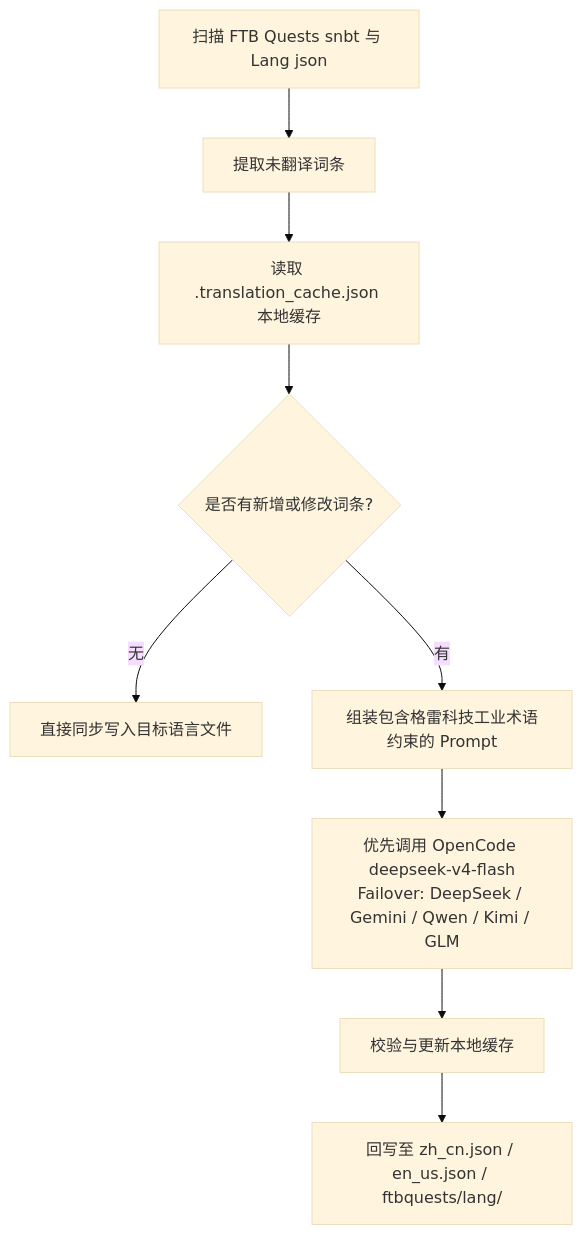
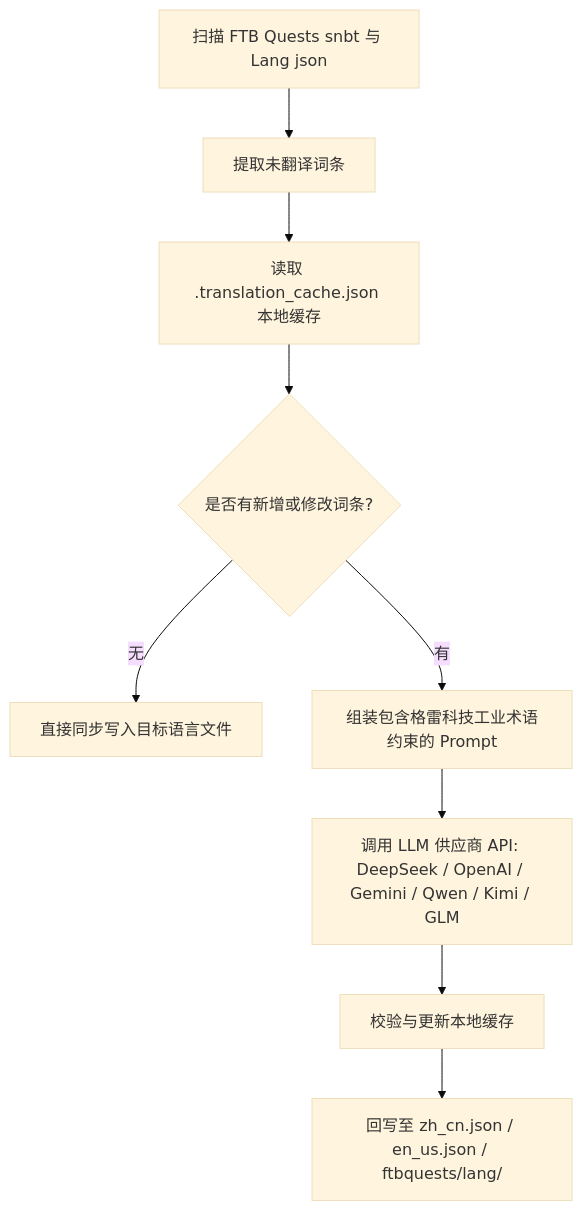
Before and after one commit to takanashisatou/GregtechEasy: the diagram in docs/zh-TW/ci-cd-and-translation/ai-translation.md, drawn with Mermaid (base theme). The commit also changed other lines of this file and 5 other files, not shown here.

````diff
--- a/docs/zh-TW/ci-cd-and-translation/ai-translation.md
+++ b/docs/zh-TW/ci-cd-and-translation/ai-translation.md
@@ -27,11 +13,11 @@
 ```mermaid
 graph TD
     A[扫描 FTB Quests snbt 与 Lang json] --> B[提取未翻译词条]
     B --> C[读取 .translation_cache.json 本地缓存]
     C --> D{是否有新增或修改词条?}
     D -- 无 --> E[直接同步写入目标语言文件]
     D -- 有 --> F[组装包含格雷科技工业术语约束的 Prompt]
-    F --> G["优先调用 OpenCode deepseek-v4-flash<br/>Failover: DeepSeek / Gemini / Qwen / Kimi / GLM"]
+    F --> G[调用 LLM 供应商 API: DeepSeek / OpenAI / Gemini / Qwen / Kimi / GLM]
     G --> H[校验与更新本地缓存]
     H --> I[回写至 zh_cn.json / en_us.json / ftbquests/lang/]
 ```
````
